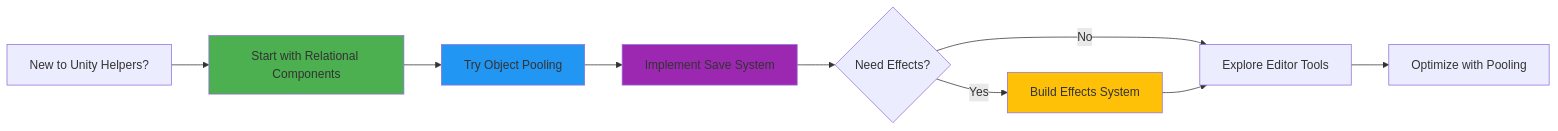
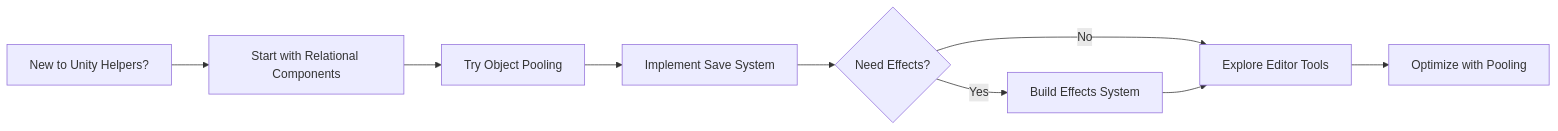
The diagram in docs/unity-helpers/README.md (wallstop/unity-tips), drawn with Mermaid before and after one commit. The commit also changed 27 other files, not shown here.

Commit message:
Convert ASCII diagrams to Mermaid format (#30)

````diff
--- a/docs/unity-helpers/README.md
+++ b/docs/unity-helpers/README.md
@@ -1119,16 +1119,12 @@
 ```mermaid
 graph LR
     A[New to Unity Helpers?] --> B[Start with Relational Components]
     B --> C[Try Object Pooling]
     C --> D[Implement Save System]
     D --> E{Need Effects?}
     E -->|Yes| F[Build Effects System]
     E -->|No| G[Explore Editor Tools]
     F --> G
     G --> H[Optimize with Pooling]
 
-    style B fill:#4CAF50
-    style C fill:#2196F3
-    style D fill:#9C27B0
-    style F fill:#FFC107
 ```
````
